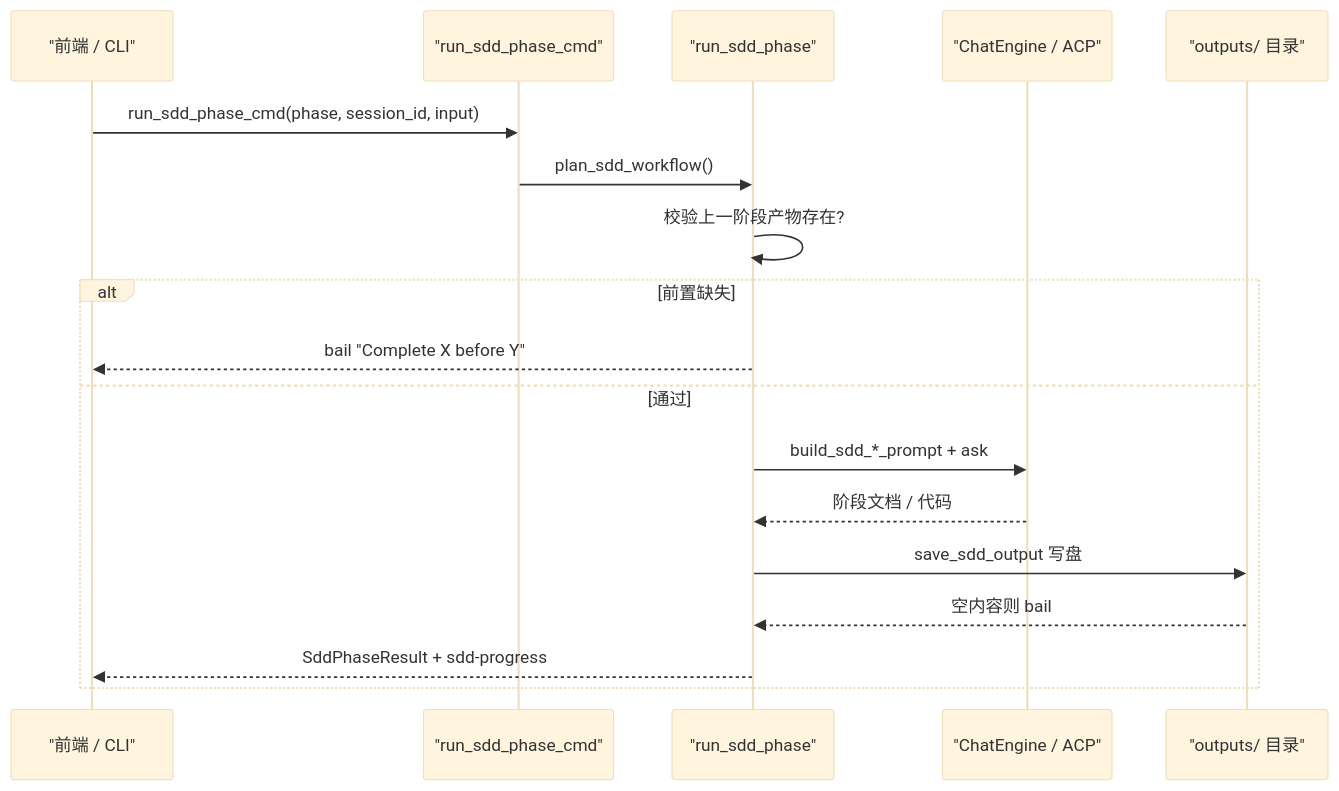
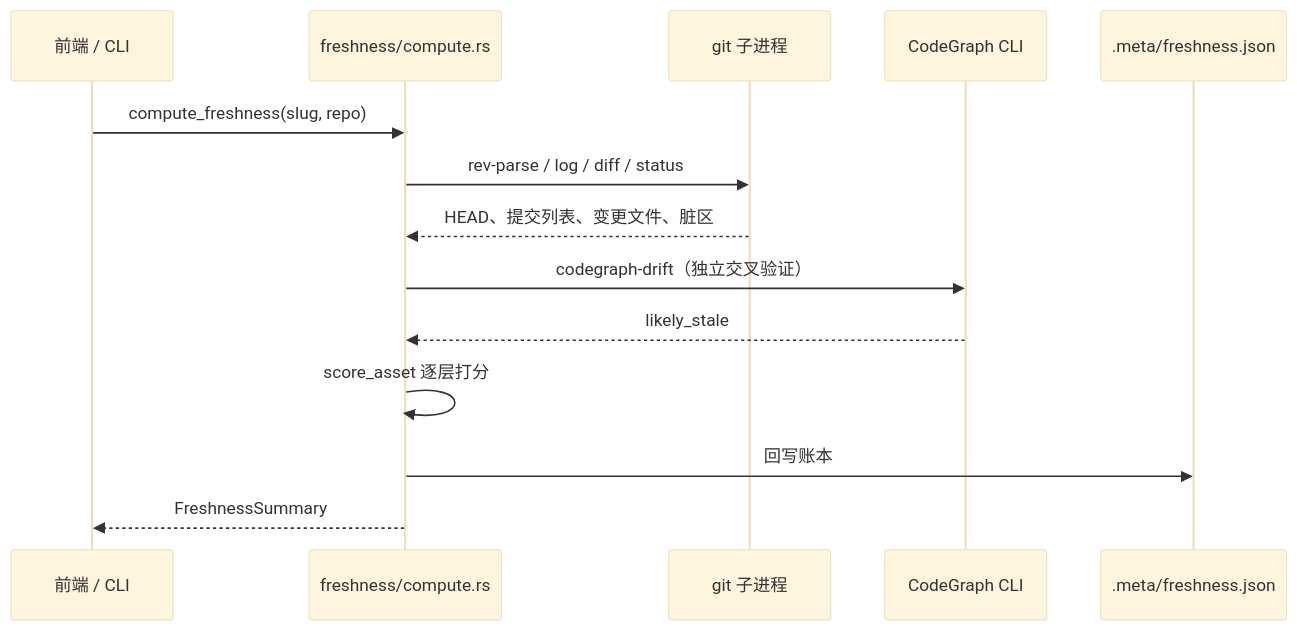
Diagram 11 of 11 in .terrain/human/3.工作流.md (sopaco/terrain), drawn with Mermaid (base theme) before and after one commit. The commit also changed other lines of this file and 39 other files, not shown here.

````diff
--- a/.terrain/human/3.工作流.md
+++ b/.terrain/human/3.工作流.md
@@ -335,21 +308,17 @@
 ```mermaid
 sequenceDiagram
-    participant UI as "前端 / CLI"
-    participant CMD as "run_sdd_phase_cmd"
-    participant SDD as "run_sdd_phase"
-    participant LLM as "ChatEngine / ACP"
-    participant FS as "outputs/ 目录"
+    participant UI as 前端 / CLI
+    participant C as freshness/compute.rs
+    participant G as git 子进程
+    participant CG as CodeGraph CLI
+    participant L as .meta/freshness.json
 
-    UI->>CMD: run_sdd_phase_cmd(phase, session_id, input)
-    CMD->>SDD: plan_sdd_workflow()
-    SDD->>SDD: 校验上一阶段产物存在?
-    alt 前置缺失
-        SDD-->>UI: bail "Complete X before Y"
-    else 通过
-        SDD->>LLM: build_sdd_*_prompt + ask
-        LLM-->>SDD: 阶段文档 / 代码
-        SDD->>FS: save_sdd_output 写盘
-        FS-->>SDD: 空内容则 bail
-        SDD-->>UI: SddPhaseResult + sdd-progress
-    end
+    UI->>C: compute_freshness(slug, repo)
+    C->>G: rev-parse / log / diff / status
+    G-->>C: HEAD、提交列表、变更文件、脏区
+    C->>CG: codegraph-drift（独立交叉验证）
+    CG-->>C: likely_stale
+    C->>C: score_asset 逐层打分
+    C->>L: 回写账本
+    C-->>UI: FreshnessSummary
 ```
````
